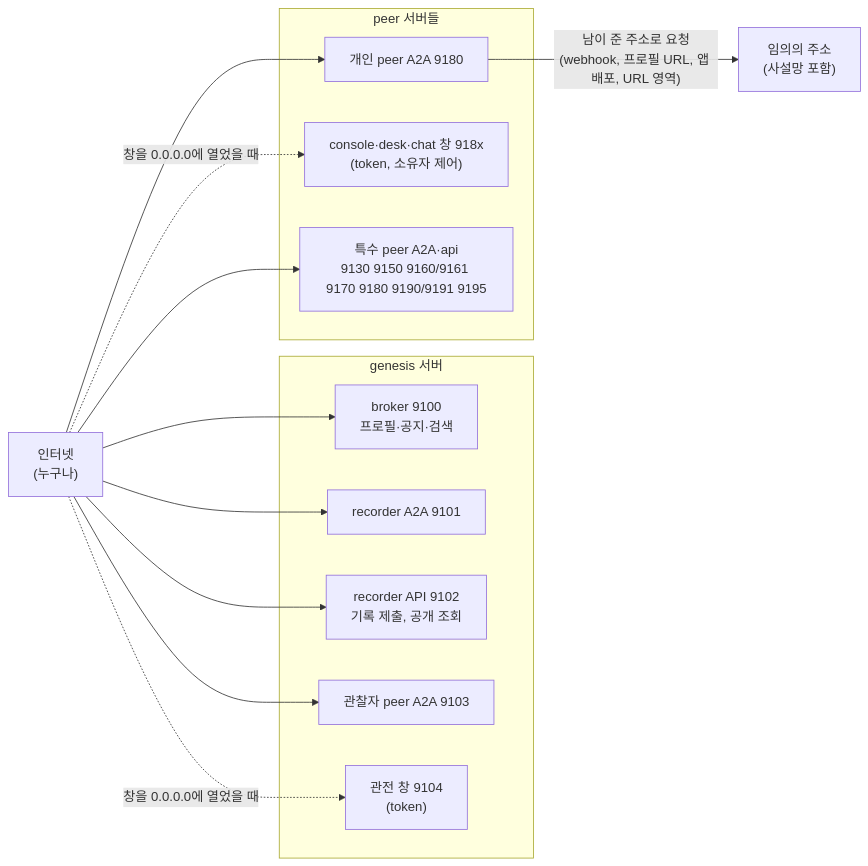
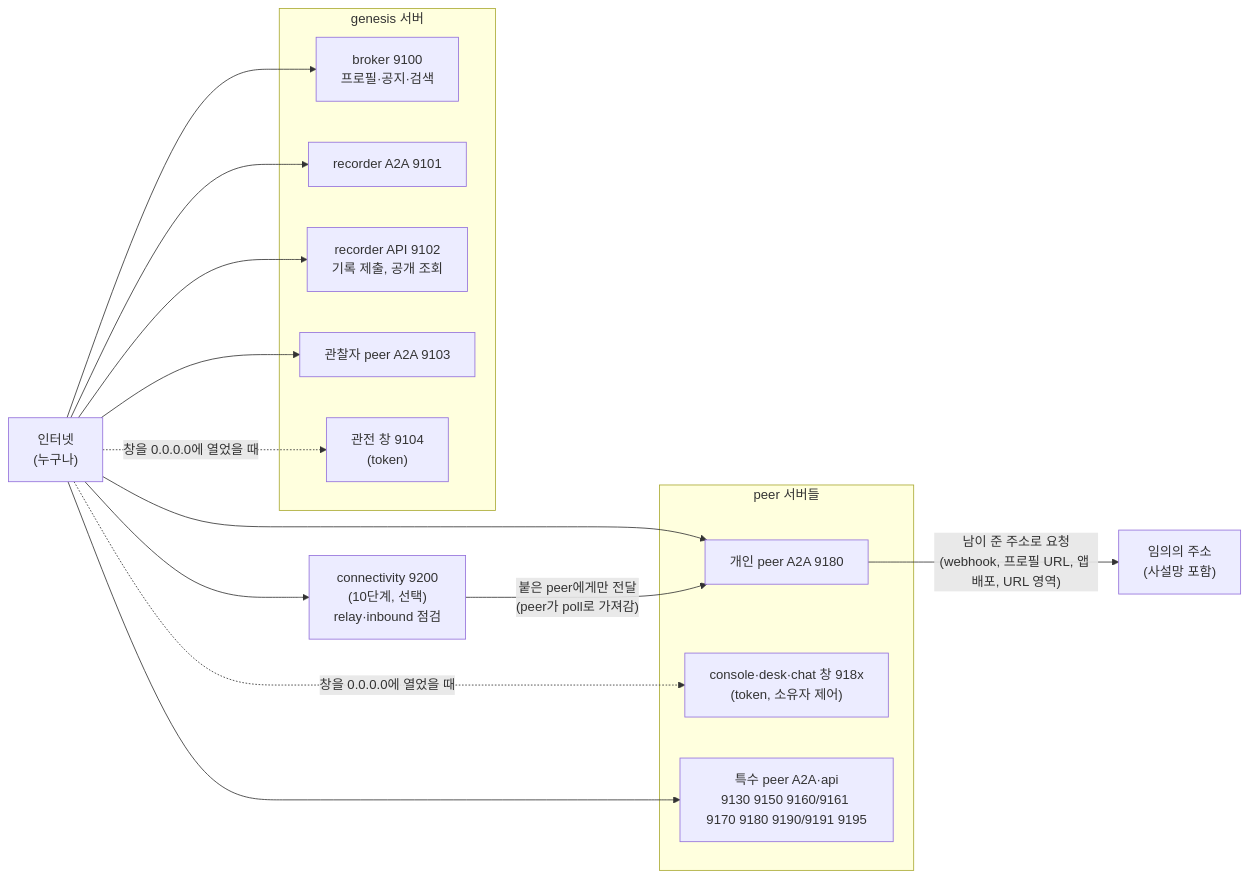
Before and after one commit to tanminkwan/share-ur-tokens: the first of 2 diagrams in docs/security-assessment.md, drawn with Mermaid. The commit also changed other lines of this file and 19 other files, not shown here.

````diff
--- a/docs/security-assessment.md
+++ b/docs/security-assessment.md
@@ -15,19 +15,21 @@
 ```mermaid
 flowchart LR
     I["인터넷<br/>(누구나)"]
     subgraph G["genesis 서버"]
         B["broker 9100<br/>프로필·공지·검색"]
         RA["recorder A2A 9101"]
         RP["recorder API 9102<br/>기록 제출, 공개 조회"]
         GD["관찰자 peer A2A 9103"]
         OW["관전 창 9104<br/>(token)"]
     end
     subgraph P["peer 서버들"]
         PA["개인 peer A2A 9180"]
         PW["console·desk·chat 창 918x<br/>(token, 소유자 제어)"]
         SP["특수 peer A2A·api<br/>9130 9150 9160/9161 9170 9180 9190/9191 9195"]
     end
-    I --> B & RA & RP & GD & PA & SP
+    CN["connectivity 9200<br/>(10단계, 선택)<br/>relay·inbound 점검"]
+    I --> B & RA & RP & GD & PA & SP & CN
+    CN -->|"붙은 peer에게만 전달<br/>(peer가 poll로 가져감)"| PA
     I -.->|"창을 0.0.0.0에 열었을 때"| OW & PW
     PA -->|"남이 준 주소로 요청<br/>(webhook, 프로필 URL, 앱 배포, URL 영역)"| X["임의의 주소<br/>(사설망 포함)"]
 ```
````
